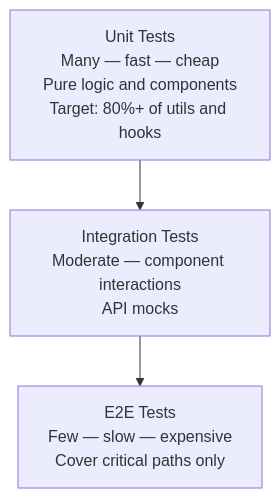
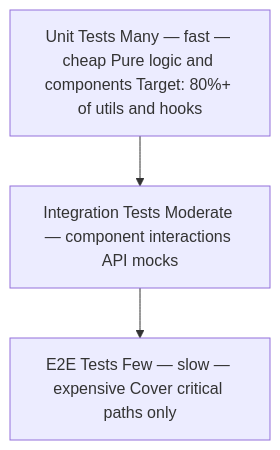
The diagram in .cursor/skills/05-qa-testing/test-strategy-guide.md (ivanyeors/product-agentic-templates), drawn with Mermaid before and after one commit. The commit also changed 39 other files, not shown here.

````diff
--- a/.cursor/skills/05-qa-testing/test-strategy-guide.md
+++ b/.cursor/skills/05-qa-testing/test-strategy-guide.md
@@ -5,7 +5,7 @@
 ```mermaid
 flowchart TD
-    e2e["E2E Tests\nFew — slow — expensive\nCover critical paths only"]
-    integration["Integration Tests\nModerate — component interactions\nAPI mocks"]
-    unit["Unit Tests\nMany — fast — cheap\nPure logic and components\nTarget: 80%+ of utils and hooks"]
+    e2e["E2E Tests Few — slow — expensive Cover critical paths only"]
+    integration["Integration Tests Moderate — component interactions API mocks"]
+    unit["Unit Tests Many — fast — cheap Pure logic and components Target: 80%+ of utils and hooks"]
     unit --> integration --> e2e
 ```
````
